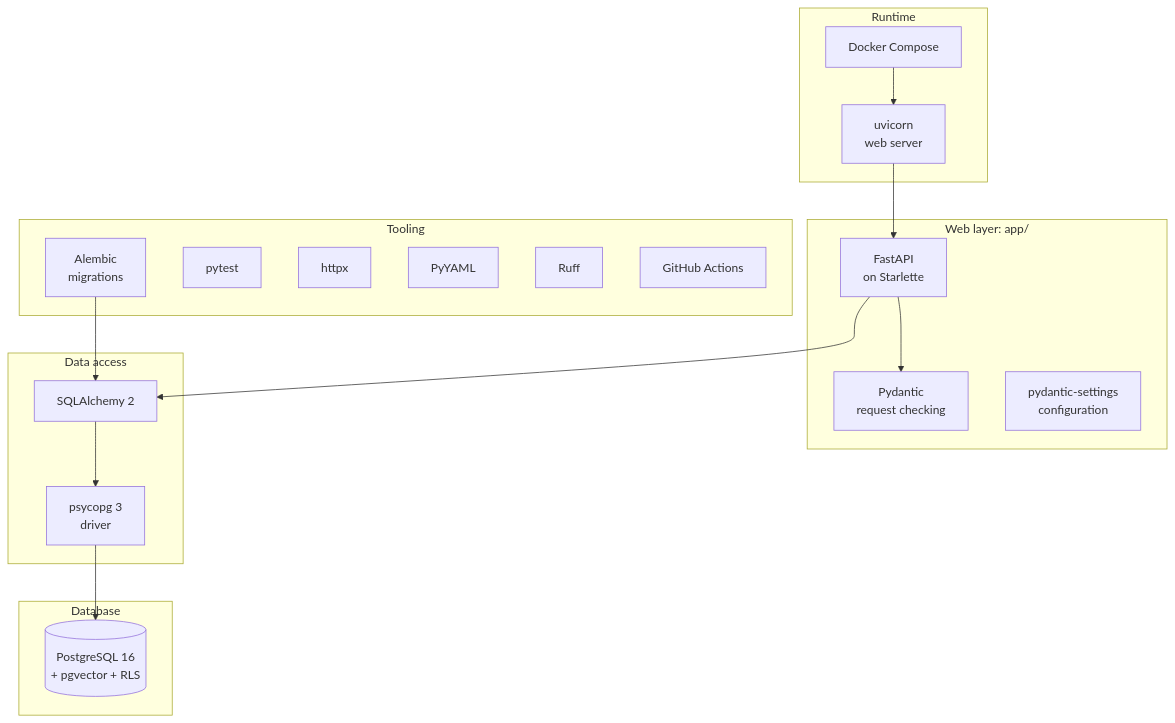
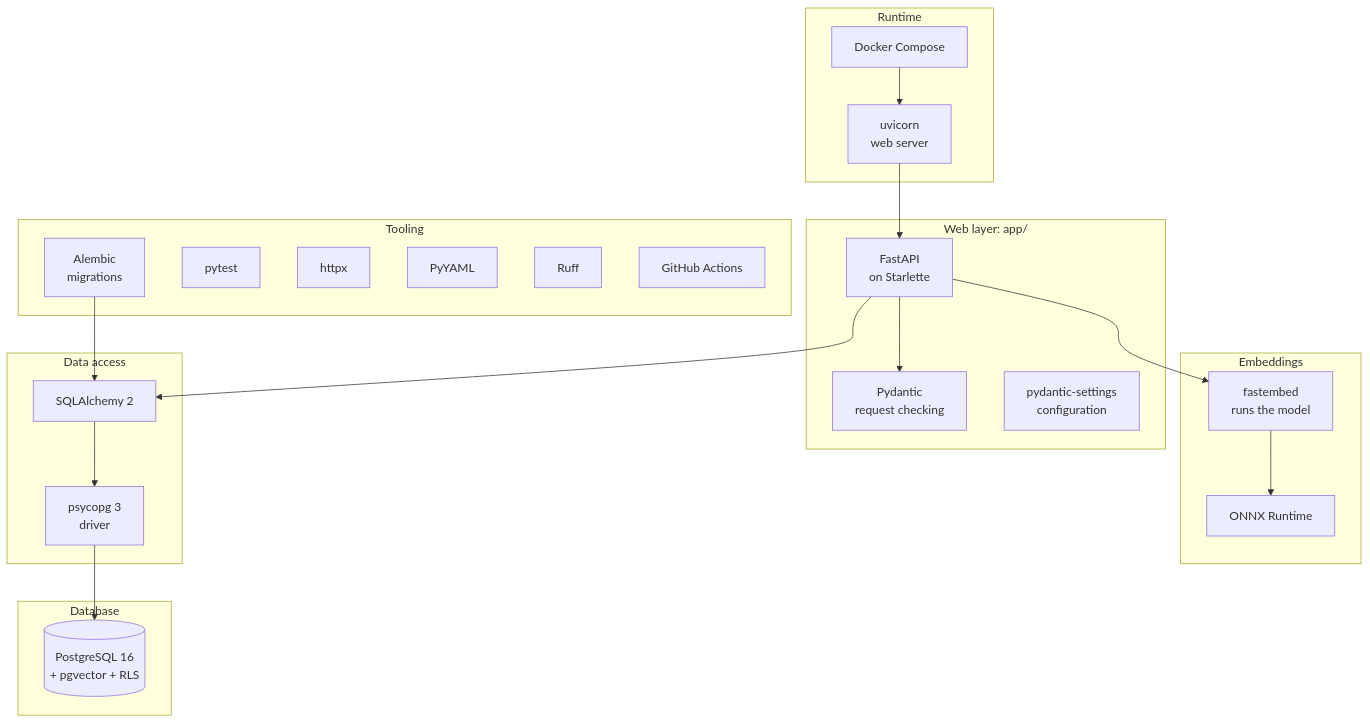
One commit to ZiadHendawy/mutable changed the seventh of 23 diagrams in docs/design.md. Above: the diagram before and after it, drawn with Mermaid. The commit also changed other lines of this file and 5 other files, not shown here.

````diff
--- a/docs/design.md
+++ b/docs/design.md
@@ -516,29 +519,33 @@
 ```mermaid
 flowchart TB
     subgraph run["Runtime"]
         compose["Docker Compose"] --> uvicorn["uvicorn<br/>web server"]
     end
     subgraph web["Web layer: app/"]
         fastapi["FastAPI<br/>on Starlette"] --> pydantic["Pydantic<br/>request checking"]
         settings["pydantic-settings<br/>configuration"]
+    end
+    subgraph embed["Embeddings"]
+        fastembed["fastembed<br/>runs the model"] --> onnx["ONNX Runtime"]
     end
     subgraph data["Data access"]
         sqlalchemy["SQLAlchemy 2"] --> psycopg["psycopg 3<br/>driver"]
     end
     subgraph db["Database"]
         postgres[("PostgreSQL 16<br/>+ pgvector + RLS")]
     end
     subgraph tools["Tooling"]
         alembic["Alembic<br/>migrations"]
         pytest["pytest"]
         httpx["httpx"]
         yaml["PyYAML"]
         ruff["Ruff"]
         gha["GitHub Actions"]
     end
 
     uvicorn --> fastapi
     fastapi --> sqlalchemy
+    fastapi --> fastembed
     psycopg --> postgres
     alembic --> sqlalchemy
 ```
````
